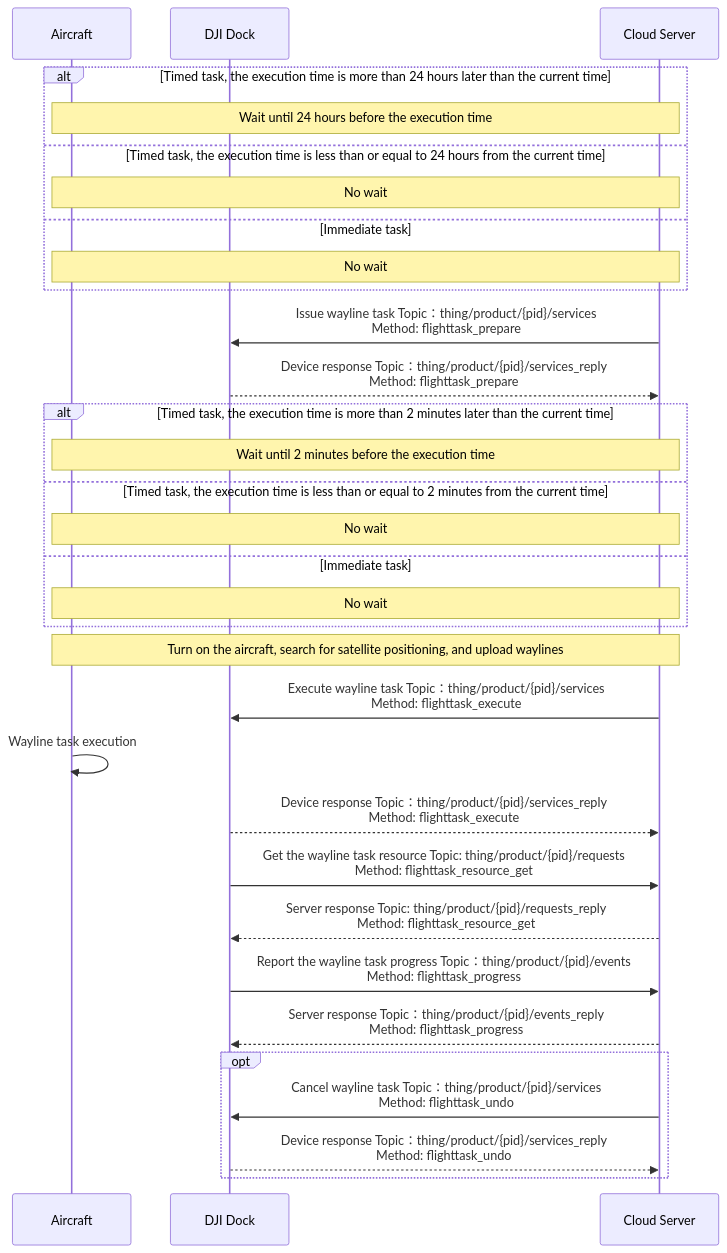
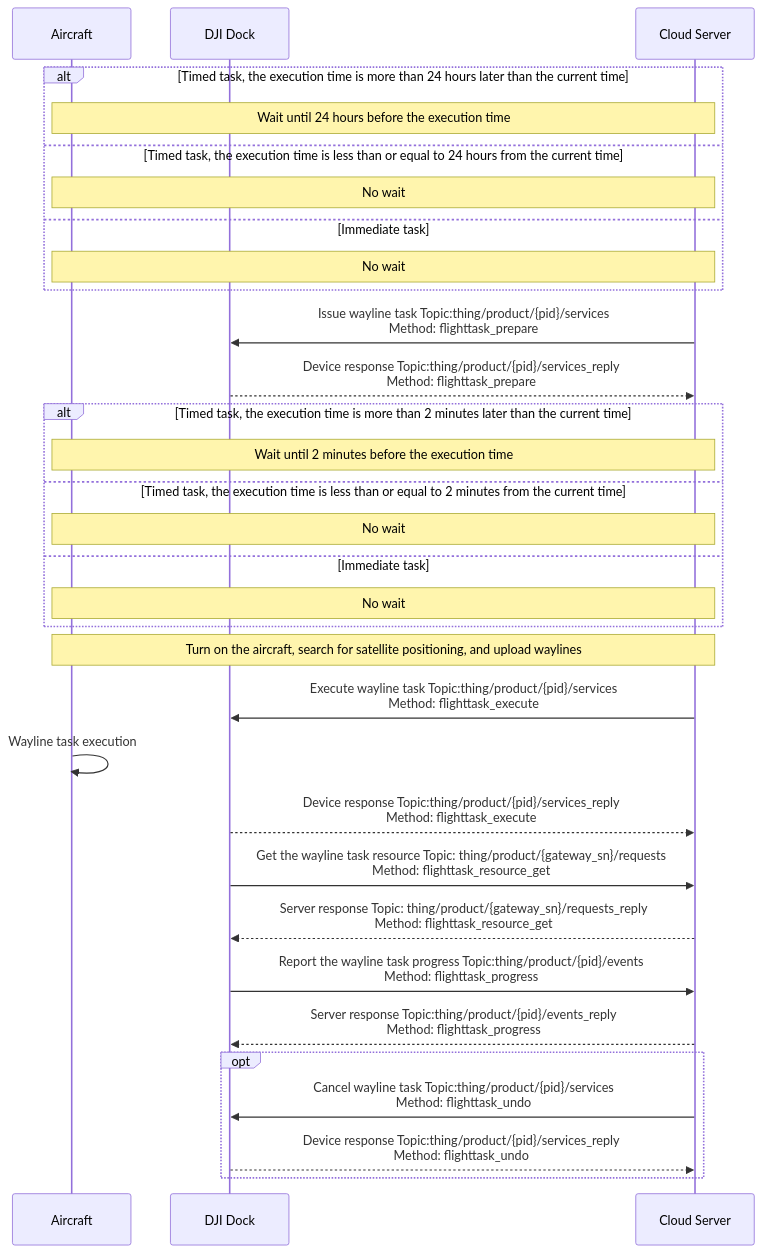
One commit to dji-sdk/Cloud-API-Doc changed the first of 2 diagrams in docs/en/30.feature-set/20.dock-feature-set/50.dock-wayline-management.md. Above: the diagram before and after it, drawn with Mermaid. The commit also changed other lines of this file and 72 other files, not shown here.

````diff
--- a/docs/en/30.feature-set/20.dock-feature-set/50.dock-wayline-management.md
+++ b/docs/en/30.feature-set/20.dock-feature-set/50.dock-wayline-management.md
@@ -14,44 +14,44 @@
 ```mermaid
 sequenceDiagram
 
 participant object as Aircraft
 participant client  as DJI Dock
 participant server as Cloud Server
 
 alt Timed task, the execution time is more than 24 hours later than the current time
 note over object,server: Wait until 24 hours before the execution time
 else Timed task, the execution time is less than or equal to 24 hours from the current time
 note over object,server: No wait
 else Immediate task
 note over object,server: No wait
 end
 
-server ->> client: Issue wayline task Topic：thing/product/{pid}/services<br/>Method: flighttask_prepare
-client -->> server: Device response Topic：thing/product/{pid}/services_reply<br/>Method: flighttask_prepare
+server ->> client: Issue wayline task Topic:thing/product/{pid}/services<br/>Method: flighttask_prepare
+client -->> server: Device response Topic:thing/product/{pid}/services_reply<br/>Method: flighttask_prepare
 
 alt Timed task, the execution time is more than 2 minutes later than the current time
 note over object,server: Wait until 2 minutes before the execution time
 else Timed task, the execution time is less than or equal to 2 minutes from the current time
 note over object,server: No wait
 else Immediate task
 note over object,server: No wait
 end
 
 note over object,server: Turn on the aircraft, search for satellite positioning, and upload waylines
-server ->> client: Execute wayline task Topic：thing/product/{pid}/services<br/>Method: flighttask_execute
+server ->> client: Execute wayline task Topic:thing/product/{pid}/services<br/>Method: flighttask_execute
 object ->> object: Wayline task execution
-client -->> server: Device response Topic：thing/product/{pid}/services_reply<br/>Method: flighttask_execute
+client -->> server: Device response Topic:thing/product/{pid}/services_reply<br/>Method: flighttask_execute
 
 
-client ->> server: Get the wayline task resource Topic: thing/product/{pid}/requests<br/>Method: flighttask_resource_get
-server -->> client: Server response Topic: thing/product/{pid}/requests_reply<br/>Method: flighttask_resource_get
+client ->> server: Get the wayline task resource Topic: thing/product/{gateway_sn}/requests<br/>Method: flighttask_resource_get
+server -->> client: Server response Topic: thing/product/{gateway_sn}/requests_reply<br/>Method: flighttask_resource_get
 
 
-client ->> server: Report the wayline task progress Topic：thing/product/{pid}/events<br/>Method: flighttask_progress
-server -->> client: Server response Topic：thing/product/{pid}/events_reply<br/>Method: flighttask_progress
+client ->> server: Report the wayline task progress Topic:thing/product/{pid}/events<br/>Method: flighttask_progress
+server -->> client: Server response Topic:thing/product/{pid}/events_reply<br/>Method: flighttask_progress
 
 opt
-server ->> client: Cancel wayline task Topic：thing/product/{pid}/services<br/>Method: flighttask_undo
-client -->> server: Device response Topic：thing/product/{pid}/services_reply<br/>Method: flighttask_undo
+server ->> client: Cancel wayline task Topic:thing/product/{pid}/services<br/>Method: flighttask_undo
+client -->> server: Device response Topic:thing/product/{pid}/services_reply<br/>Method: flighttask_undo
 end
 ```
````
